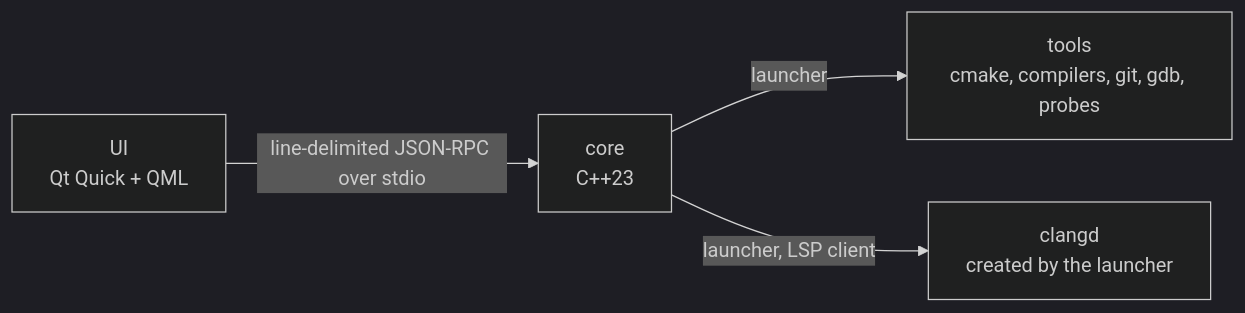
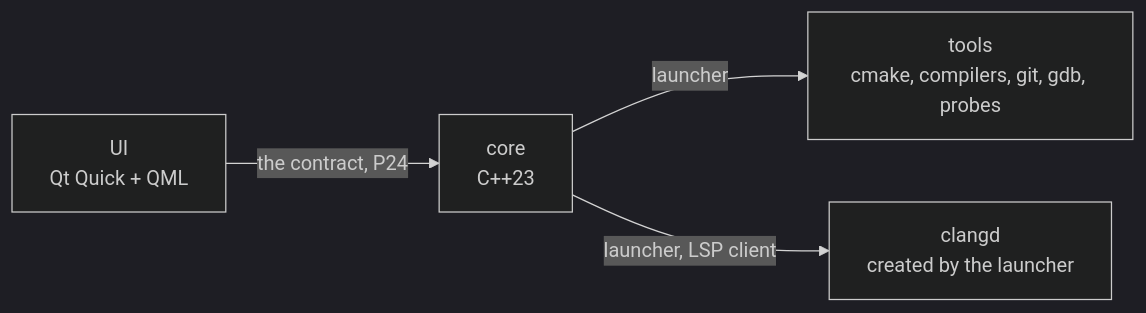
The first of 2 diagrams in docs/architecture/boundaries-and-responsibilities.md (ViktorWalde/KineinVectis), drawn with Mermaid (dark theme) before and after one commit. The commit also changed other lines of this file and 12 other files, not shown here.

````diff
--- a/docs/architecture/boundaries-and-responsibilities.md
+++ b/docs/architecture/boundaries-and-responsibilities.md
@@ -9,6 +9,6 @@
 ```mermaid
 flowchart LR
-    UI["UI<br/>Qt Quick + QML"] -->|line-delimited JSON-RPC over stdio| CORE["core<br/>C++23"]
+    UI["UI<br/>Qt Quick + QML"] -->|the contract, P24| CORE["core<br/>C++23"]
     CORE -->|launcher| TOOLS["tools<br/>cmake, compilers, git, gdb, probes"]
     CORE -->|launcher, LSP client| CLANGD["clangd<br/>created by the launcher"]
 ```
````
